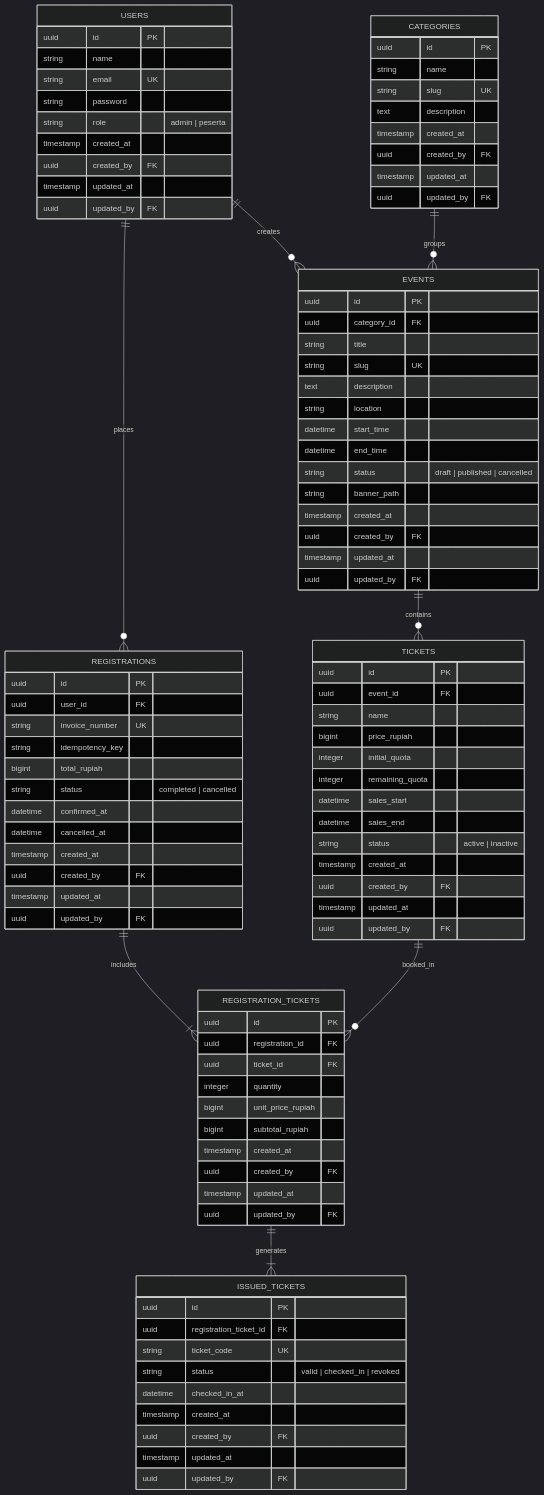
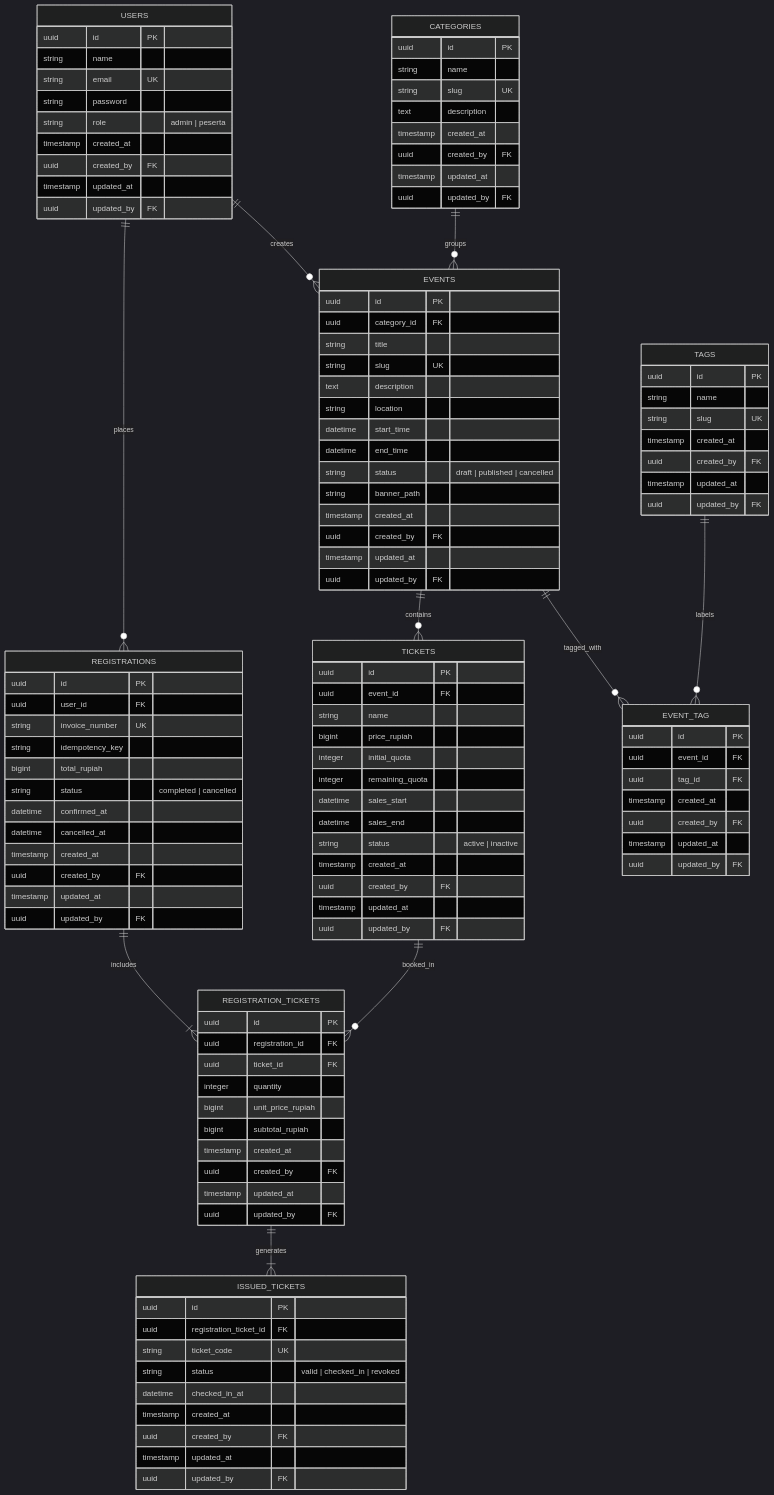
One commit to eggnocent/app-ticketing changed the diagram in docs/DATA_DICTIONARY_DAN_ERD.md. Above: the diagram before and after it, drawn with Mermaid (dark theme). The commit also changed other lines of this file and 33 other files, not shown here.

First line of the commit message:
feat: add event tags and idempotent participant checkout

````diff
--- a/docs/DATA_DICTIONARY_DAN_ERD.md
+++ b/docs/DATA_DICTIONARY_DAN_ERD.md
@@ -32,6 +32,8 @@
     REGISTRATIONS ||--|{ REGISTRATION_TICKETS : includes
     TICKETS ||--o{ REGISTRATION_TICKETS : booked_in
     REGISTRATION_TICKETS ||--|{ ISSUED_TICKETS : generates
+    EVENTS ||--o{ EVENT_TAG : tagged_with
+    TAGS ||--o{ EVENT_TAG : labels
 
     USERS {
         uuid id PK
@@ -128,4 +130,24 @@
         timestamp updated_at
         uuid updated_by FK
     }
+
+    TAGS {
+        uuid id PK
+        string name
+        string slug UK
+        timestamp created_at
+        uuid created_by FK
+        timestamp updated_at
+        uuid updated_by FK
+    }
+
+    EVENT_TAG {
+        uuid id PK
+        uuid event_id FK
+        uuid tag_id FK
+        timestamp created_at
+        uuid created_by FK
+        timestamp updated_at
+        uuid updated_by FK
+    }
 ```
````
